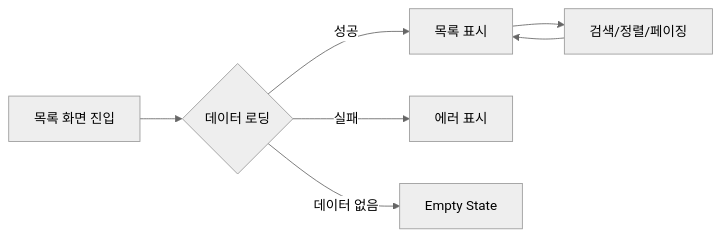
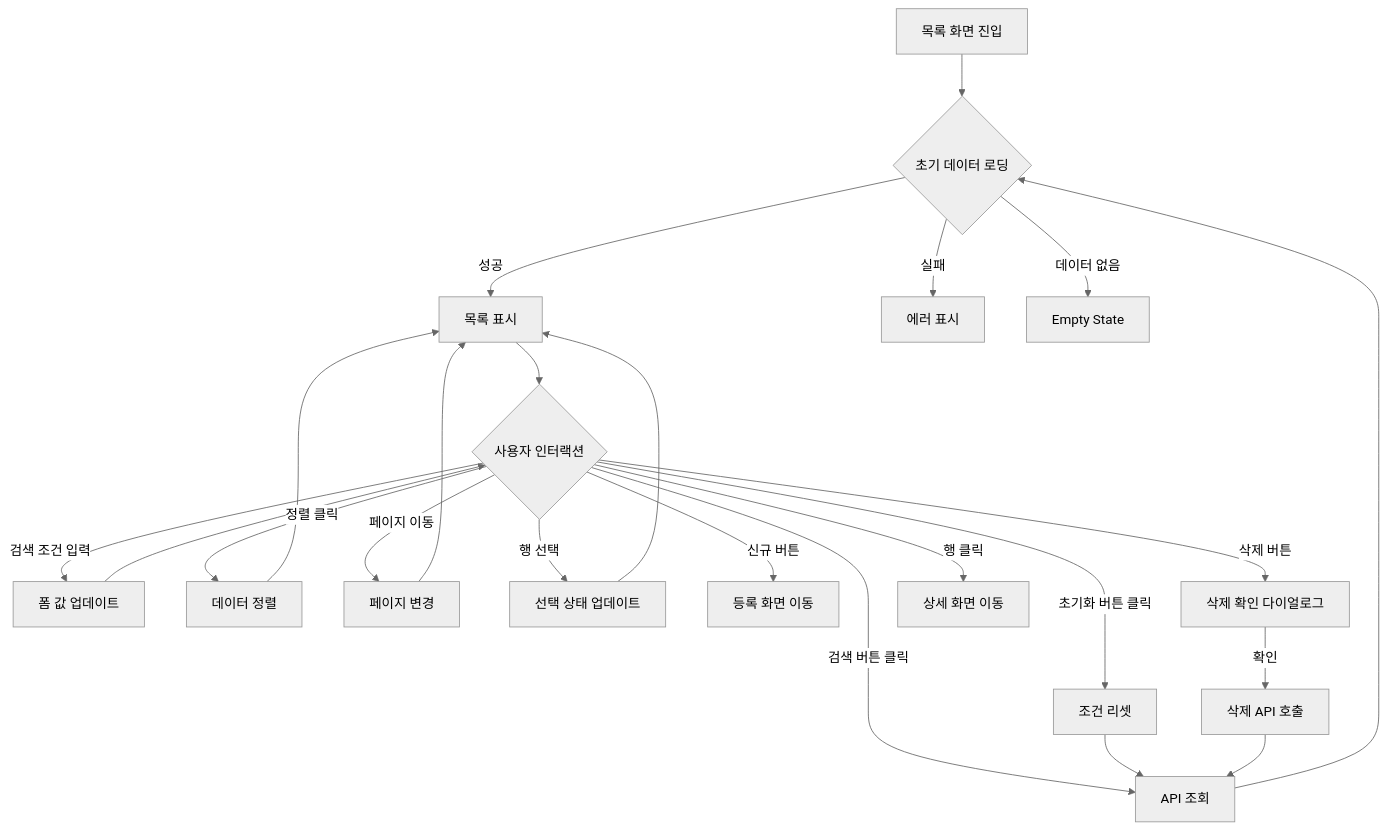
The second of 2 diagrams in .orchay/projects/mes-portal/tasks/TSK-06-01/010-design.md (jongik-sv/mes-poc), drawn with Mermaid (neutral theme) before and after one commit. The commit also changed other lines of this file and 9 other files, not shown here.

````diff
--- a/.orchay/projects/mes-portal/tasks/TSK-06-01/010-design.md
+++ b/.orchay/projects/mes-portal/tasks/TSK-06-01/010-design.md
@@ -173,9 +415,27 @@
 ```mermaid
-flowchart LR
-    A[목록 화면 진입] --> B{데이터 로딩}
+flowchart TD
+    A[목록 화면 진입] --> B{초기 데이터 로딩}
     B -->|성공| C[목록 표시]
     B -->|실패| D[에러 표시]
     B -->|데이터 없음| E[Empty State]
-    C --> F[검색/정렬/페이징]
-    F --> C
+
+    C --> F{사용자 인터랙션}
+    F -->|검색 조건 입력| G[폼 값 업데이트]
+    F -->|검색 버튼 클릭| H[API 조회]
+    F -->|초기화 버튼 클릭| I[조건 리셋]
+    F -->|정렬 클릭| J[데이터 정렬]
+    F -->|페이지 이동| K[페이지 변경]
+    F -->|행 선택| L[선택 상태 업데이트]
+    F -->|신규 버튼| M[등록 화면 이동]
+    F -->|삭제 버튼| N[삭제 확인 다이얼로그]
+    F -->|행 클릭| O[상세 화면 이동]
+
+    G --> F
+    H --> B
+    I --> H
+    J --> C
+    K --> C
+    L --> C
+    N -->|확인| P[삭제 API 호출]
+    P --> H
 ```
````
